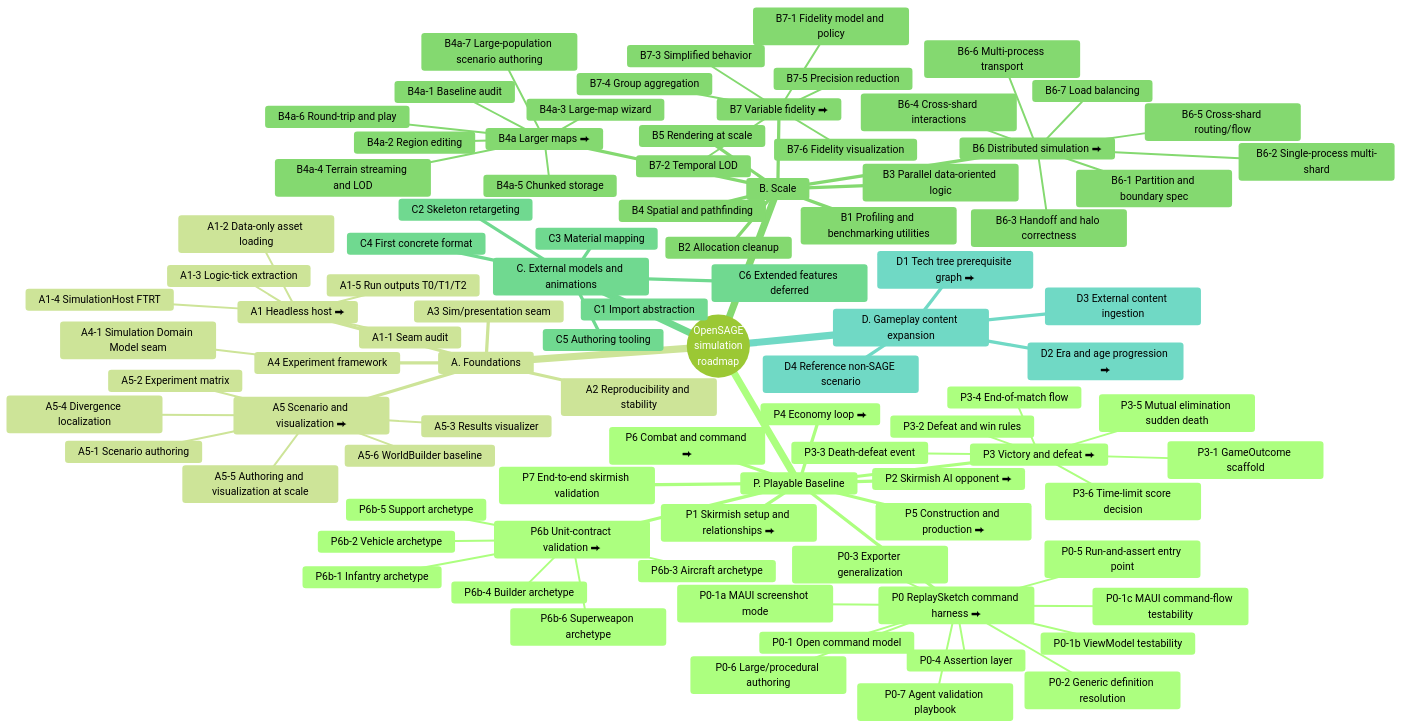
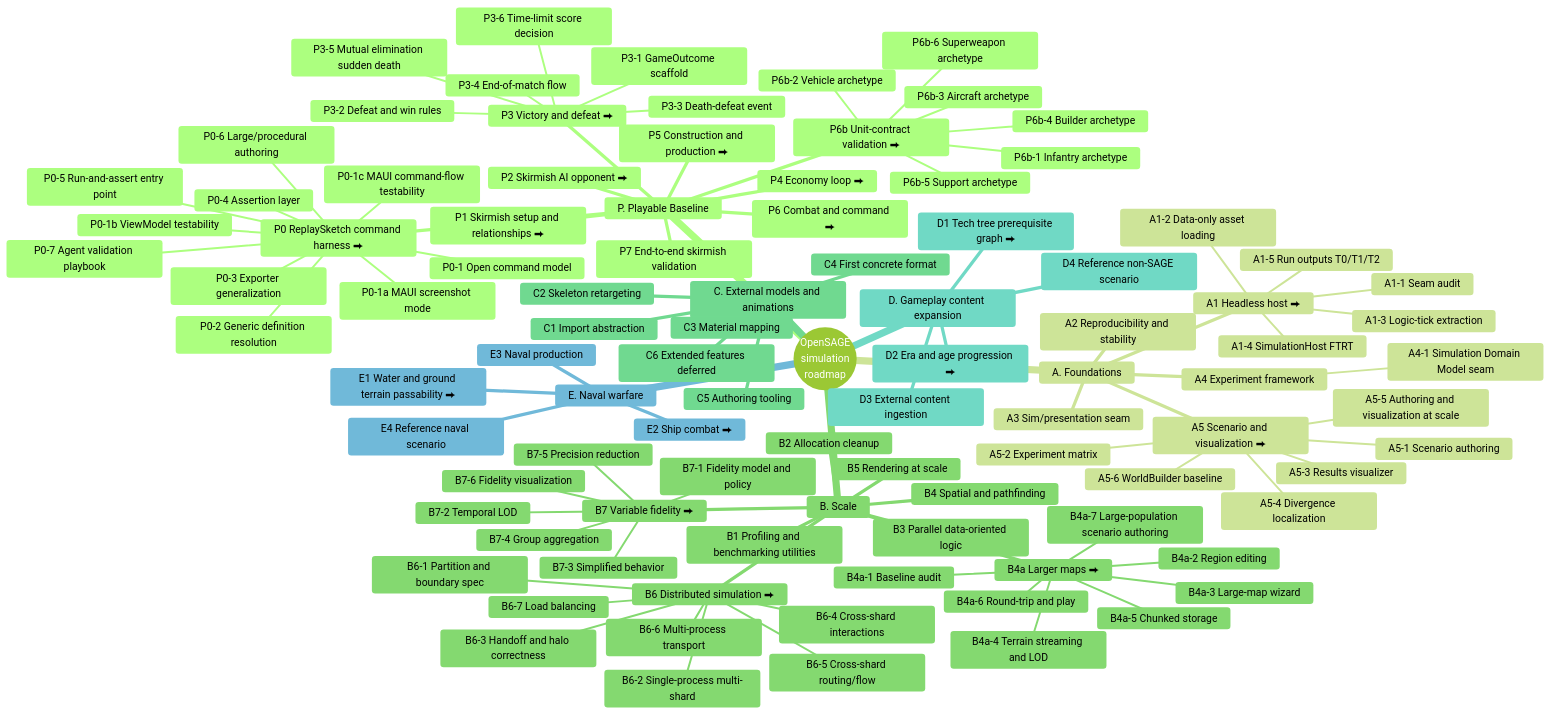
The first of 2 diagrams in docs/roadmap/roadmap-tree.md (rmessinger/Panopticon), drawn with Mermaid (forest theme) before and after one commit. The commit also changed other lines of this file and 4 other files, not shown here.

First line of the commit message:
Add Track E — Naval Warfare

````diff
--- a/docs/roadmap/roadmap-tree.md
+++ b/docs/roadmap/roadmap-tree.md
@@ -127,4 +127,9 @@
       D2 Era and age progression ⮕
       D3 External content ingestion
       D4 Reference non-SAGE scenario
+    E. Naval warfare
+      E1 Water and ground terrain passability ⮕
+      E2 Ship combat ⮕
+      E3 Naval production
+      E4 Reference naval scenario
 ```
````
